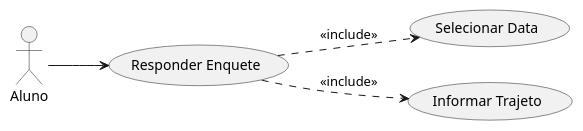
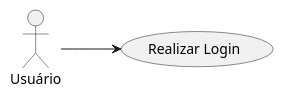
One commit to viniciusdias2902/modelagem_uml changed the diagram in casos_uso/caso_03_diagrama.puml. Above: the diagram before and after it, drawn with PlantUML. The commit also changed 117 other files, not shown here.

Commit message:
Atualização dos diagramas

```diff
--- a/casos_uso/caso_03_diagrama.puml
+++ b/casos_uso/caso_03_diagrama.puml
@@ -1,15 +1,10 @@
 @startuml
 left to right direction
 
-actor Aluno
+actor Usuario as "Usuário"
 
-usecase "Responder Enquete" as UC3
-usecase "Selecionar Data" as UC3a
-usecase "Informar Trajeto" as UC3b
+usecase "Realizar Login" as UC2
 
-UC3 ..> UC3a : <<include>>
-UC3 ..> UC3b : <<include>>
-
-Aluno --> UC3
+Usuario --> UC2
 
 @enduml
```
